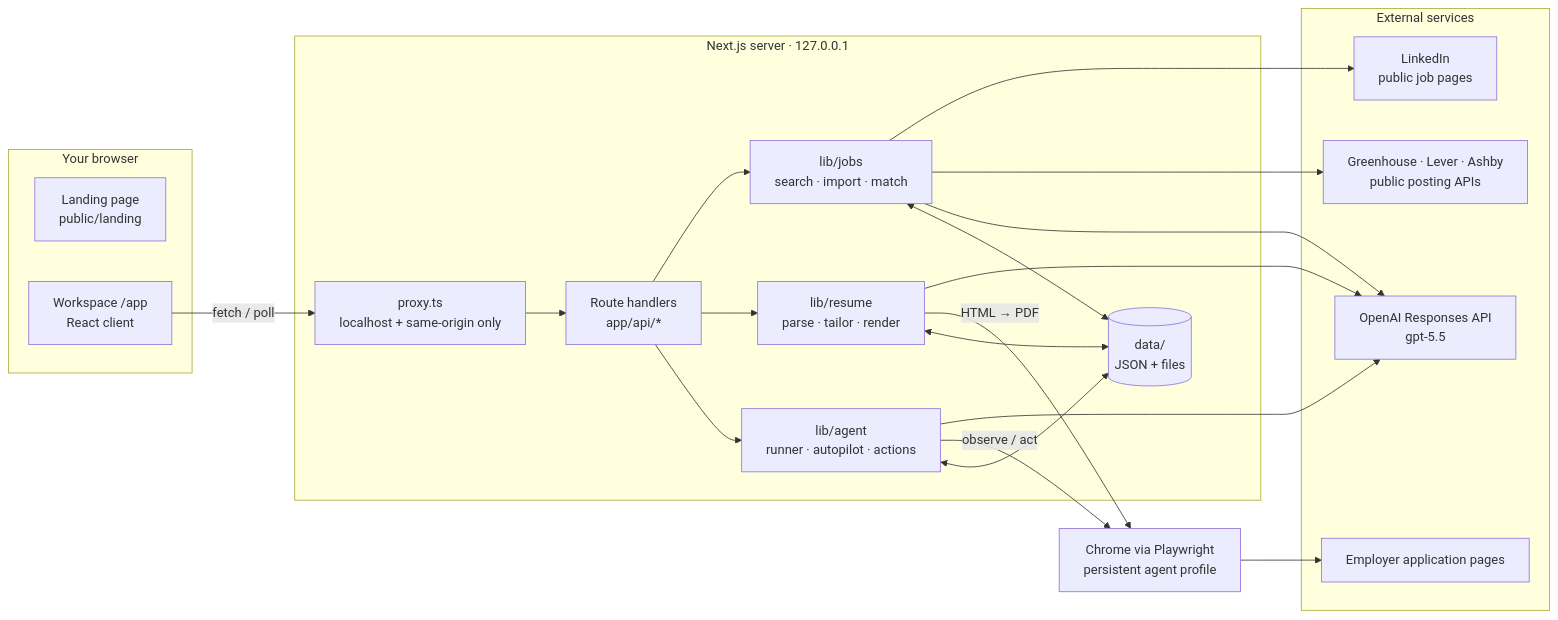
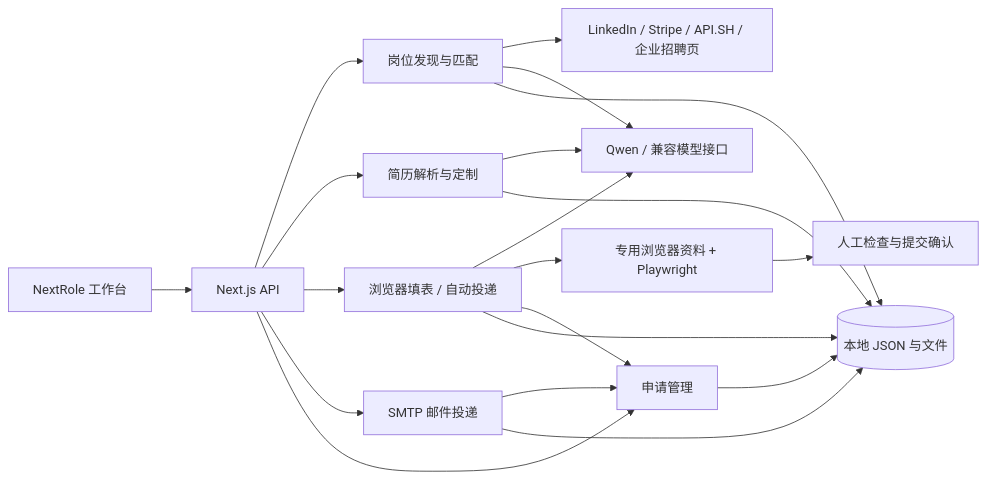
Before and after one commit to rain2create/NextRole: the diagram in docs/ARCHITECTURE.md, drawn with Mermaid. The commit also changed other lines of this file and 78 other files, not shown here.

Commit message:
Refresh NextRole workspace, login handoff, and project showcase

````diff
--- a/docs/ARCHITECTURE.md
+++ b/docs/ARCHITECTURE.md
@@ -18,35 +7,15 @@
 ```mermaid
 flowchart LR
-  subgraph Browser["Your browser"]
-    L["Landing page<br/>public/landing"]
-    W["Workspace /app<br/>React client"]
-  end
-
-  subgraph Server["Next.js server · 127.0.0.1"]
-    PX["proxy.ts<br/>localhost + same-origin only"]
-    API["Route handlers<br/>app/api/*"]
-    JOBS["lib/jobs<br/>search · import · match"]
-    RES["lib/resume<br/>parse · tailor · render"]
-    AG["lib/agent<br/>runner · autopilot · actions"]
-    ST[("data/<br/>JSON + files")]
-  end
-
-  subgraph External["External services"]
-    OAI["OpenAI Responses API<br/>gpt-5.5"]
-    LI["LinkedIn<br/>public job pages"]
-    ATS["Greenhouse · Lever · Ashby<br/>public posting APIs"]
-    SITES["Employer application pages"]
-  end
-
-  CH["Chrome via Playwright<br/>persistent agent profile"]
-
-  W -- "fetch / poll" --> PX --> API
-  API --> JOBS & RES & AG
-  JOBS --> LI & ATS & OAI
-  RES --> OAI
-  RES -- "HTML → PDF" --> CH
-  AG --> OAI
-  AG -- "observe / act" --> CH
-  CH --> SITES
-  JOBS & RES & AG <--> ST
+  UI["NextRole 工作台"] --> API["Next.js API"]
+  API --> JOBS["岗位发现与匹配"]
+  API --> RESUME["简历解析与定制"]
+  API --> AGENT["浏览器填表 / 自动投递"]
+  API --> MAIL["SMTP 邮件投递"]
+  API --> TRACK["申请管理"]
+  JOBS --> SOURCES["LinkedIn / Stripe / API.SH / 企业招聘页"]
+  JOBS & RESUME & AGENT --> AI["Qwen / 兼容模型接口"]
+  AGENT --> BROWSER["专用浏览器资料 + Playwright"]
+  BROWSER --> REVIEW["人工检查与提交确认"]
+  AGENT & MAIL --> TRACK
+  RESUME & JOBS & AGENT & MAIL & TRACK --> DATA[("本地 JSON 与文件")]
 ```
````
